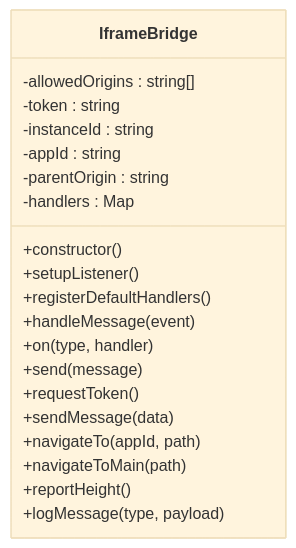
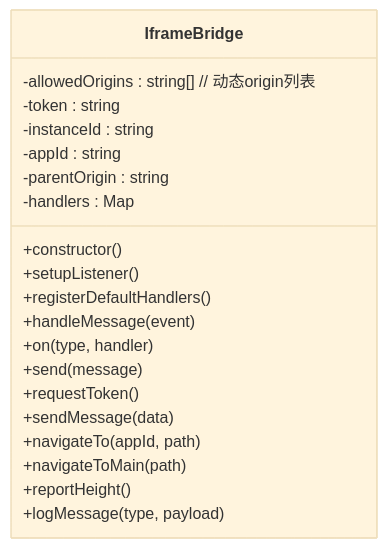
The fourth of 5 diagrams in .qoder/repowiki/zh/content/核心组件/跨应用通信系统.md (my-Sitara/artisan-base-frontend), drawn with Mermaid (base theme) before and after one commit. The commit also changed other lines of this file and 35 other files, not shown here.

````diff
--- a/.qoder/repowiki/zh/content/核心组件/跨应用通信系统.md
+++ b/.qoder/repowiki/zh/content/核心组件/跨应用通信系统.md
@@ -165,23 +184,23 @@
 ```mermaid
 classDiagram
 class IframeBridge {
--allowedOrigins : string[]
+-allowedOrigins : string[] // 动态origin列表
 -token : string
 -instanceId : string
 -appId : string
 -parentOrigin : string
 -handlers : Map
 +constructor()
 +setupListener()
 +registerDefaultHandlers()
 +handleMessage(event)
 +on(type, handler)
 +send(message)
 +requestToken()
 +sendMessage(data)
 +navigateTo(appId, path)
 +navigateToMain(path)
 +reportHeight()
 +logMessage(type, payload)
 }
 ```
````
